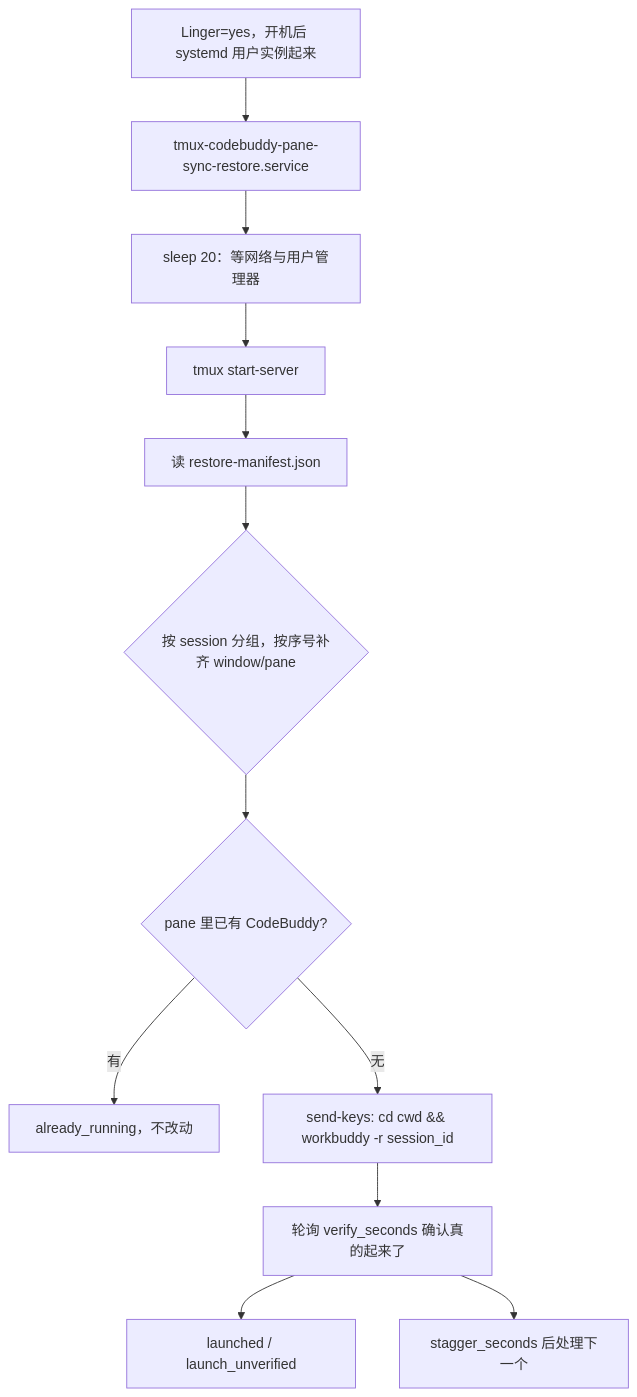
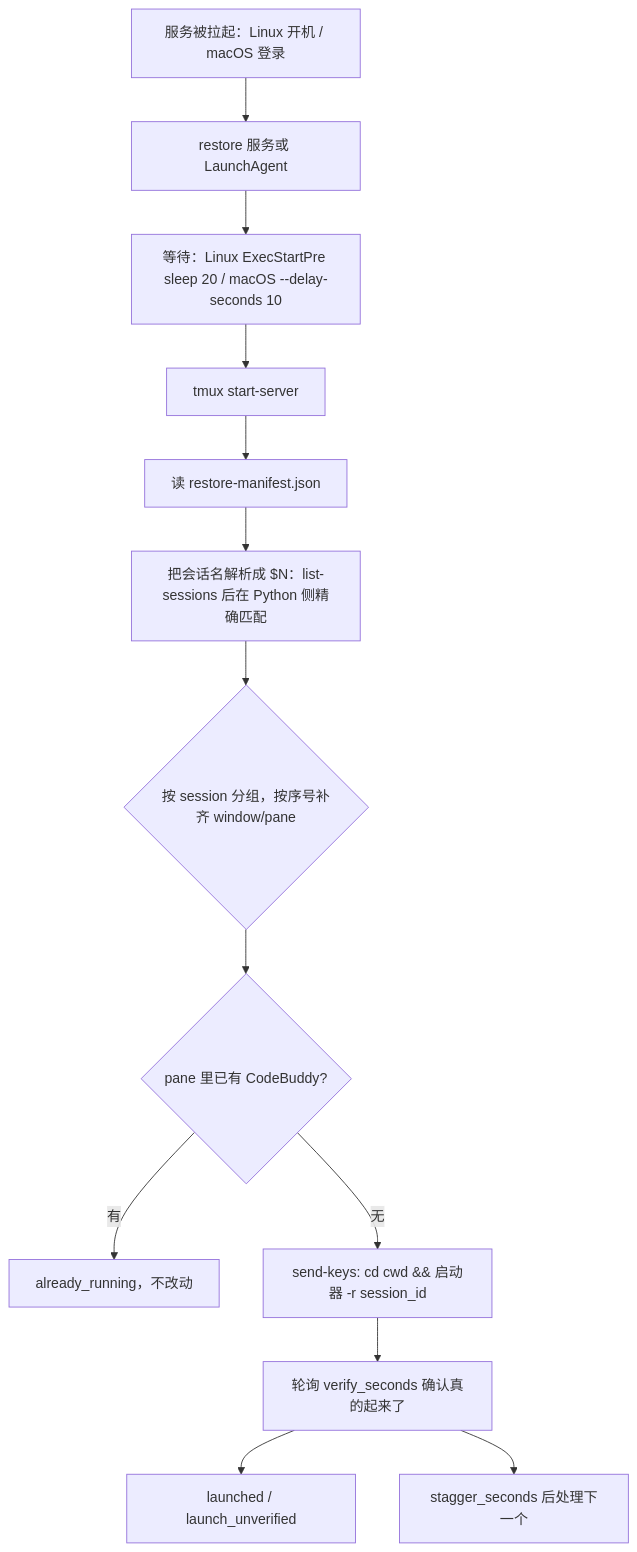
The second of 2 diagrams in docs/design.md (PukerWonderLand/tmux-codebuddy-pane-sync), drawn with Mermaid before and after one commit. The commit also changed other lines of this file and 10 other files, not shown here.

First line of the commit message:
支持 macOS，并修掉三个既有 bug（两个 Linux 也受影响）

````diff
--- a/docs/design.md
+++ b/docs/design.md
@@ -125,14 +126,15 @@
 ```mermaid
 flowchart TD
-  A[Linger=yes，开机后 systemd 用户实例起来] --> B[tmux-codebuddy-pane-sync-restore.service]
-  B --> C[sleep 20：等网络与用户管理器]
+  A[服务被拉起：Linux 开机 / macOS 登录] --> B[restore 服务或 LaunchAgent]
+  B --> C[等待：Linux ExecStartPre sleep 20 / macOS --delay-seconds 10]
   C --> D[tmux start-server]
   D --> E[读 restore-manifest.json]
-  E --> F{按 session 分组，按序号补齐 window/pane}
-  F --> G{pane 里已有 CodeBuddy?}
-  G -- 有 --> H[already_running，不改动]
-  G -- 无 --> I[send-keys: cd cwd && workbuddy -r session_id]
-  I --> J[轮询 verify_seconds 确认真的起来了]
-  J --> K[launched / launch_unverified]
-  J --> L[stagger_seconds 后处理下一个]
+  E --> F[把会话名解析成 $N：list-sessions 后在 Python 侧精确匹配]
+  F --> G{按 session 分组，按序号补齐 window/pane}
+  G --> H{pane 里已有 CodeBuddy?}
+  H -- 有 --> I[already_running，不改动]
+  H -- 无 --> J[send-keys: cd cwd && 启动器 -r session_id]
+  J --> K[轮询 verify_seconds 确认真的起来了]
+  K --> L[launched / launch_unverified]
+  K --> M[stagger_seconds 后处理下一个]
 ```
````
